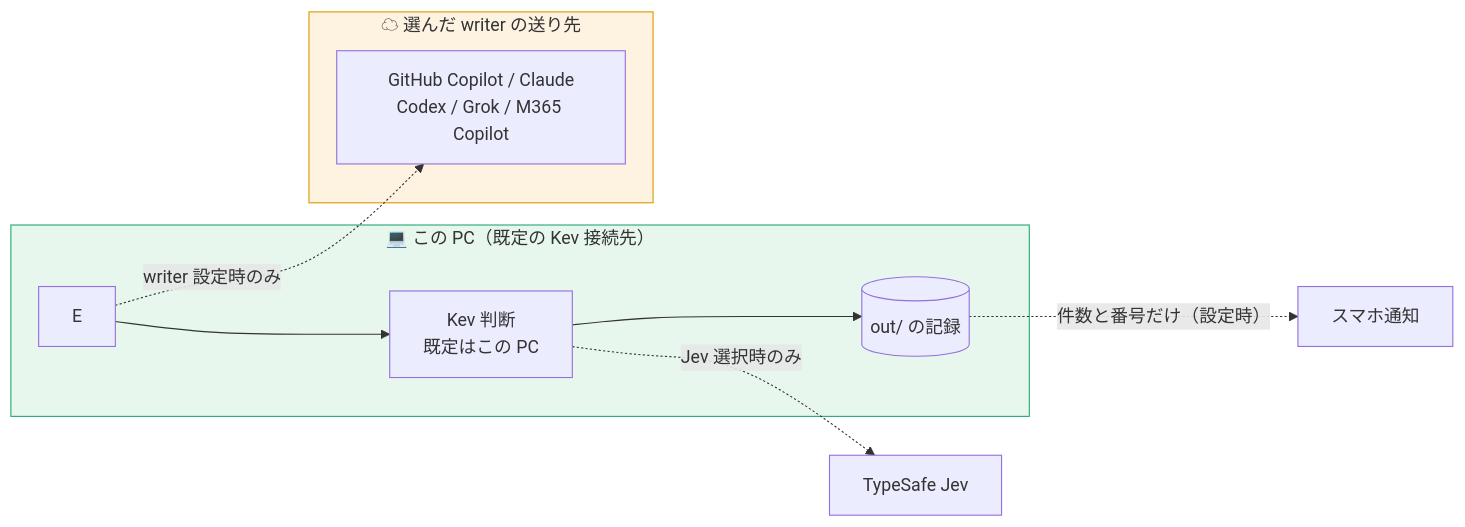
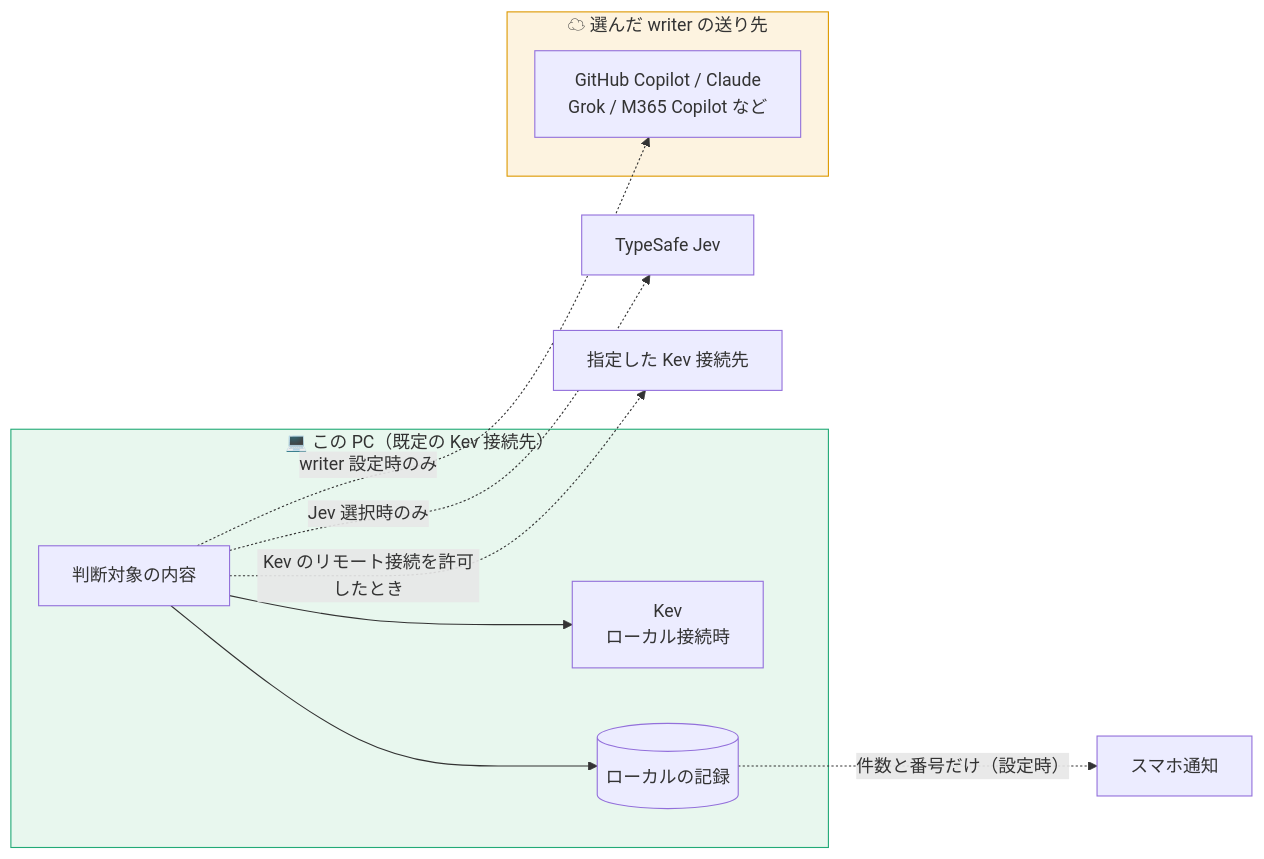
One commit to awano27/pm-decision changed the second of 2 diagrams in README.md. Above: the diagram before and after it, drawn with Mermaid. The commit also changed other lines of this file, not shown here.

````diff
--- a/README.md
+++ b/README.md
@@ -396,15 +370,16 @@
 ```mermaid
 flowchart LR
     subgraph PC["💻 この PC（既定の Kev 接続先）"]
-      E --> KEV[Kev 判断<br/>既定はこの PC]
-      KEV --> REC[(out/ の記録)]
+      E[判断対象の内容] --> KEV[Kev<br/>ローカル接続時]
+      E --> REC[(ローカルの記録)]
     end
     E -. "writer 設定時のみ" .-> W
     subgraph EXT["☁ 選んだ writer の送り先"]
-      W["GitHub Copilot / Claude<br/>Codex / Grok / M365 Copilot"]
+      W["GitHub Copilot / Claude<br/>Grok / M365 Copilot など"]
     end
-    KEV -. "Jev 選択時のみ" .-> JEV[TypeSafe Jev]
+    E -. "Jev 選択時のみ" .-> JEV[TypeSafe Jev]
+    E -. "Kev のリモート接続を許可したとき" .-> REMOTE[指定した Kev 接続先]
     REC -. "件数と番号だけ（設定時）" .-> PUSH[スマホ通知]
     style PC fill:#e8f7ee,stroke:#2a7
     style EXT fill:#fdf3e0,stroke:#d90
 ```
````
